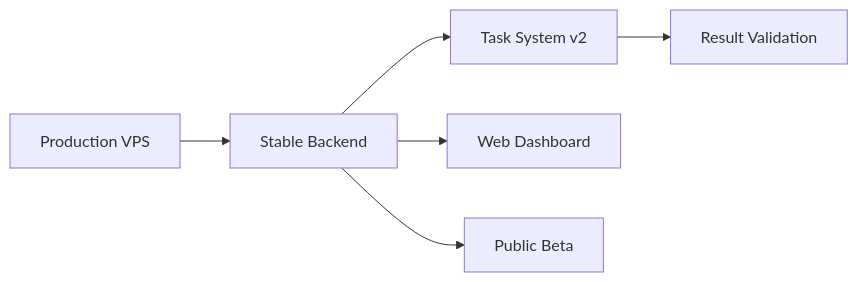
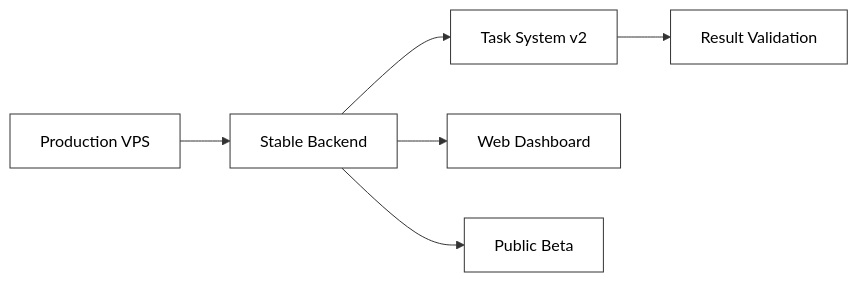
Before and after one commit to Nexora-Node/Docs: the third of 6 diagrams in roadmap.md, drawn with Mermaid. The commit also changed other lines of this file and 5 other files, not shown here.

Commit message:
docs: set all diagram nodes to white fill with border only

````diff
--- a/roadmap.md
+++ b/roadmap.md
@@ -70,8 +78,15 @@
 ```mermaid
 graph LR
     A[Production VPS] --> B[Stable Backend]
     B --> C[Task System v2]
     C --> D[Result Validation]
     B --> E[Web Dashboard]
     B --> F[Public Beta]
+
+    style A fill:#fff,stroke:#333,color:#000
+    style B fill:#fff,stroke:#333,color:#000
+    style C fill:#fff,stroke:#333,color:#000
+    style D fill:#fff,stroke:#333,color:#000
+    style E fill:#fff,stroke:#333,color:#000
+    style F fill:#fff,stroke:#333,color:#000
 ```
````
